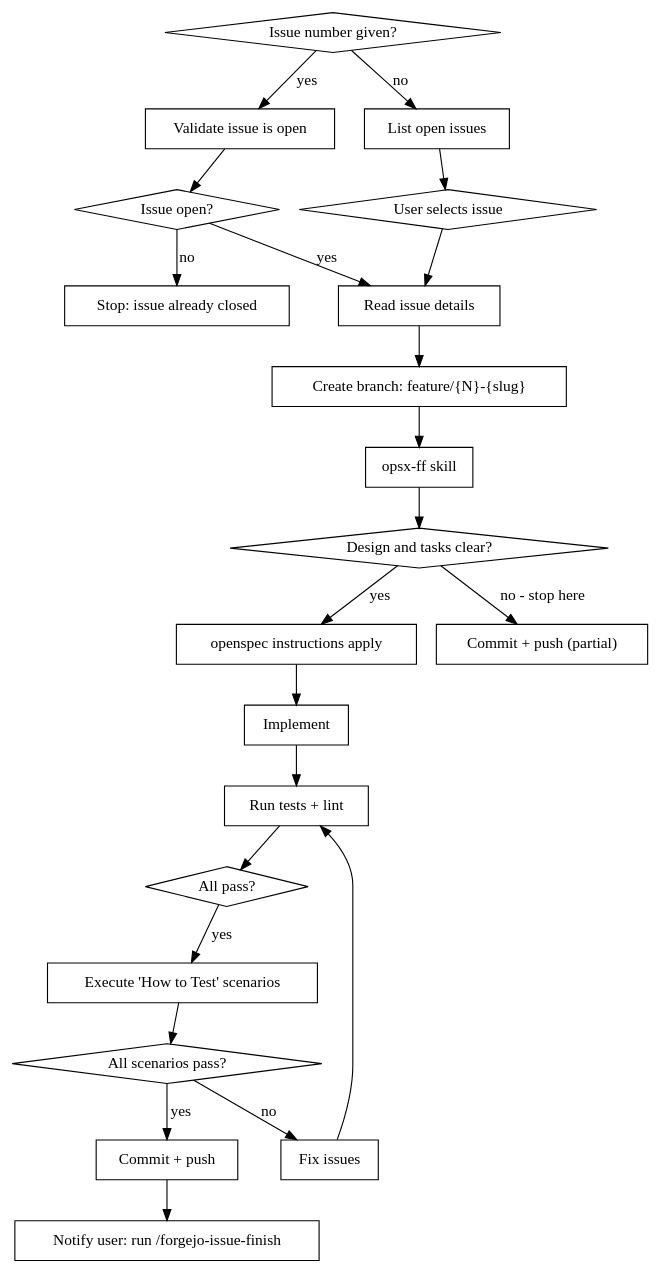
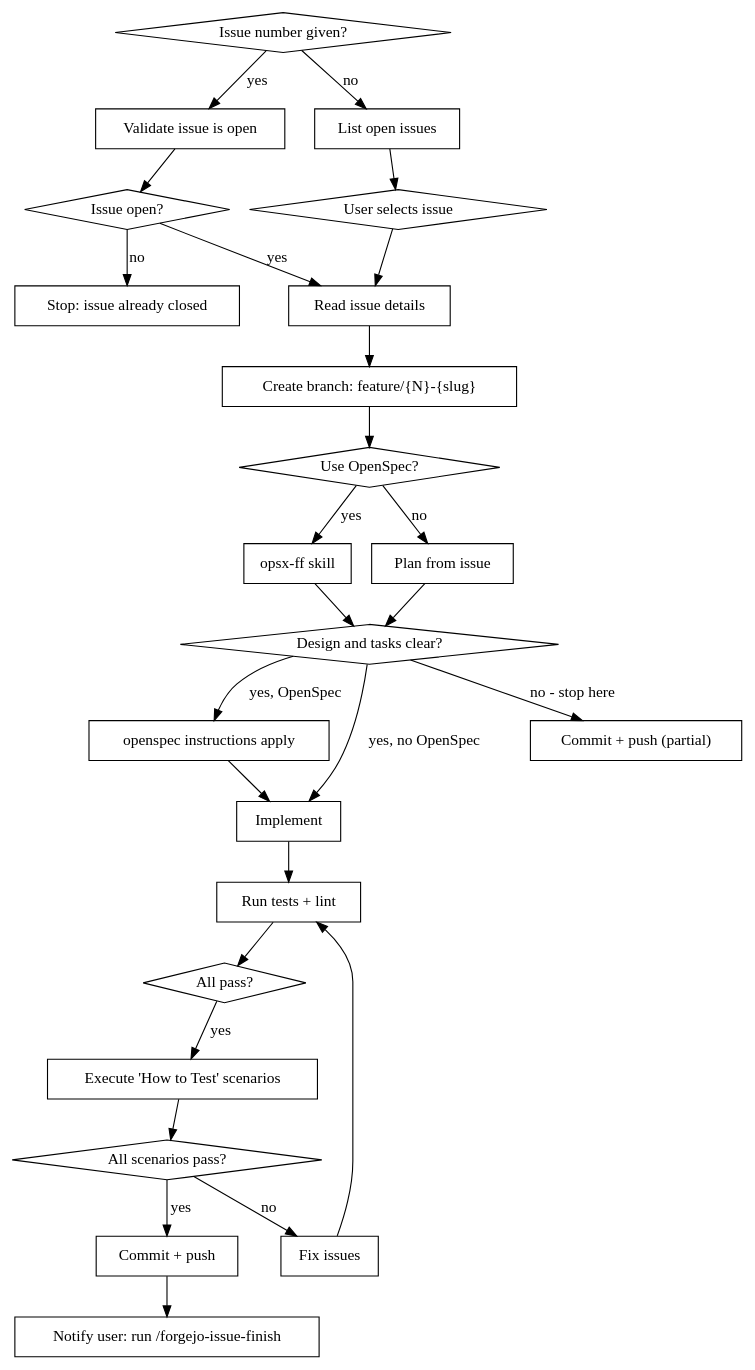
One commit to janbaer/dotfiles changed the diagram in .claude/skills/jb-forgejo-issue-implement/SKILL.md. Above: the diagram before and after it, drawn with Graphviz. The commit also changed other lines of this file and 1 other file, not shown here.

First line of the commit message:
claude 🔧: Skipping OpenSpec in Forgejo issues where it only adds overhead

````diff
--- a/.claude/skills/jb-forgejo-issue-implement/SKILL.md
+++ b/.claude/skills/jb-forgejo-issue-implement/SKILL.md
@@ -18,46 +18,52 @@
 ```dot
 digraph issue_workflow {
     "Issue number given?" [shape=diamond];
     "Validate issue is open" [shape=box];
     "Issue open?" [shape=diamond];
     "Stop: issue already closed" [shape=box];
     "List open issues" [shape=box];
     "User selects issue" [shape=diamond];
     "Read issue details" [shape=box];
     "Create branch: feature/{N}-{slug}" [shape=box];
+    "Use OpenSpec?" [shape=diamond];
     "opsx-ff skill" [shape=box];
+    "Plan from issue" [shape=box];
     "Design and tasks clear?" [shape=diamond];
     "openspec instructions apply" [shape=box];
     "Implement" [shape=box];
     "Run tests + lint" [shape=box];
     "All pass?" [shape=diamond];
     "Execute 'How to Test' scenarios" [shape=box];
     "All scenarios pass?" [shape=diamond];
     "Fix issues" [shape=box];
     "Commit + push" [shape=box];
     "Notify user: run /forgejo-issue-finish" [shape=box];
     "Commit + push (partial)" [shape=box];
 
     "Issue number given?" -> "Validate issue is open" [label="yes"];
     "Issue number given?" -> "List open issues" [label="no"];
     "Validate issue is open" -> "Issue open?" ;
     "Issue open?" -> "Read issue details" [label="yes"];
     "Issue open?" -> "Stop: issue already closed" [label="no"];
     "List open issues" -> "User selects issue";
     "User selects issue" -> "Read issue details";
     "Read issue details" -> "Create branch: feature/{N}-{slug}";
-    "Create branch: feature/{N}-{slug}" -> "opsx-ff skill";
+    "Create branch: feature/{N}-{slug}" -> "Use OpenSpec?";
+    "Use OpenSpec?" -> "opsx-ff skill" [label="yes"];
+    "Use OpenSpec?" -> "Plan from issue" [label="no"];
     "opsx-ff skill" -> "Design and tasks clear?";
-    "Design and tasks clear?" -> "openspec instructions apply" [label="yes"];
+    "Plan from issue" -> "Design and tasks clear?";
+    "Design and tasks clear?" -> "openspec instructions apply" [label="yes, OpenSpec"];
+    "Design and tasks clear?" -> "Implement" [label="yes, no OpenSpec"];
     "Design and tasks clear?" -> "Commit + push (partial)" [label="no - stop here"];
     "openspec instructions apply" -> "Implement";
     "Implement" -> "Run tests + lint";
     "Run tests + lint" -> "All pass?";
     "All pass?" -> "Execute 'How to Test' scenarios" [label="yes"];
     "Execute 'How to Test' scenarios" -> "All scenarios pass?";
     "All scenarios pass?" -> "Commit + push" [label="yes"];
     "All scenarios pass?" -> "Fix issues" [label="no"];
     "Fix issues" -> "Run tests + lint";
     "Commit + push" -> "Notify user: run /forgejo-issue-finish";
 }
 ```
````
